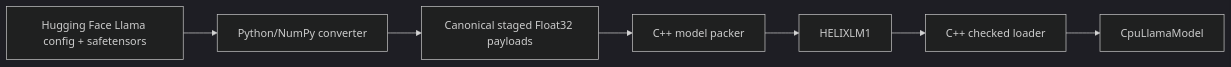
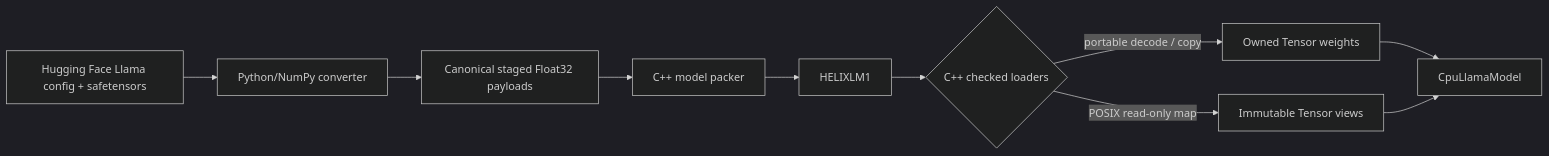
One commit to parthpandya5/helix-runtime changed diagram 12 of 13 in docs/ARCHITECTURE.md. Above: the diagram before and after it, drawn with Mermaid (dark theme). The commit also changed other lines of this file and 10 other files, not shown here.

Commit message:
docs(model): record immutable mapped loading

````diff
--- a/docs/ARCHITECTURE.md
+++ b/docs/ARCHITECTURE.md
@@ -600,9 +612,12 @@
 ```mermaid
 flowchart LR
     HF[Hugging Face Llama config + safetensors] --> Py[Python/NumPy converter]
     Py --> Raw[Canonical staged Float32 payloads]
     Raw --> Packer[C++ model packer]
     Packer --> File[HELIXLM1]
-    File --> Loader[C++ checked loader]
-    Loader --> Model[CpuLlamaModel]
+    File --> Loader{C++ checked loaders}
+    Loader -->|portable decode / copy| Owned[Owned Tensor weights]
+    Loader -->|POSIX read-only map| Mapped[Immutable Tensor views]
+    Owned --> Model[CpuLlamaModel]
+    Mapped --> Model
 ```
````
